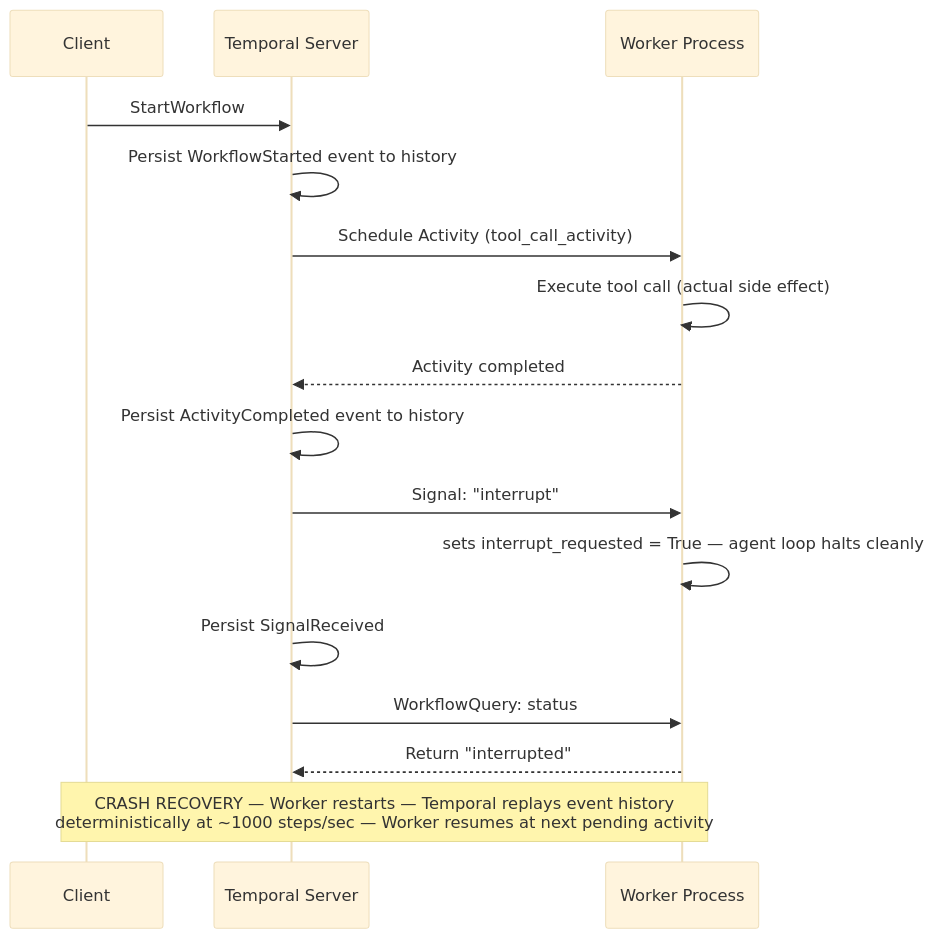
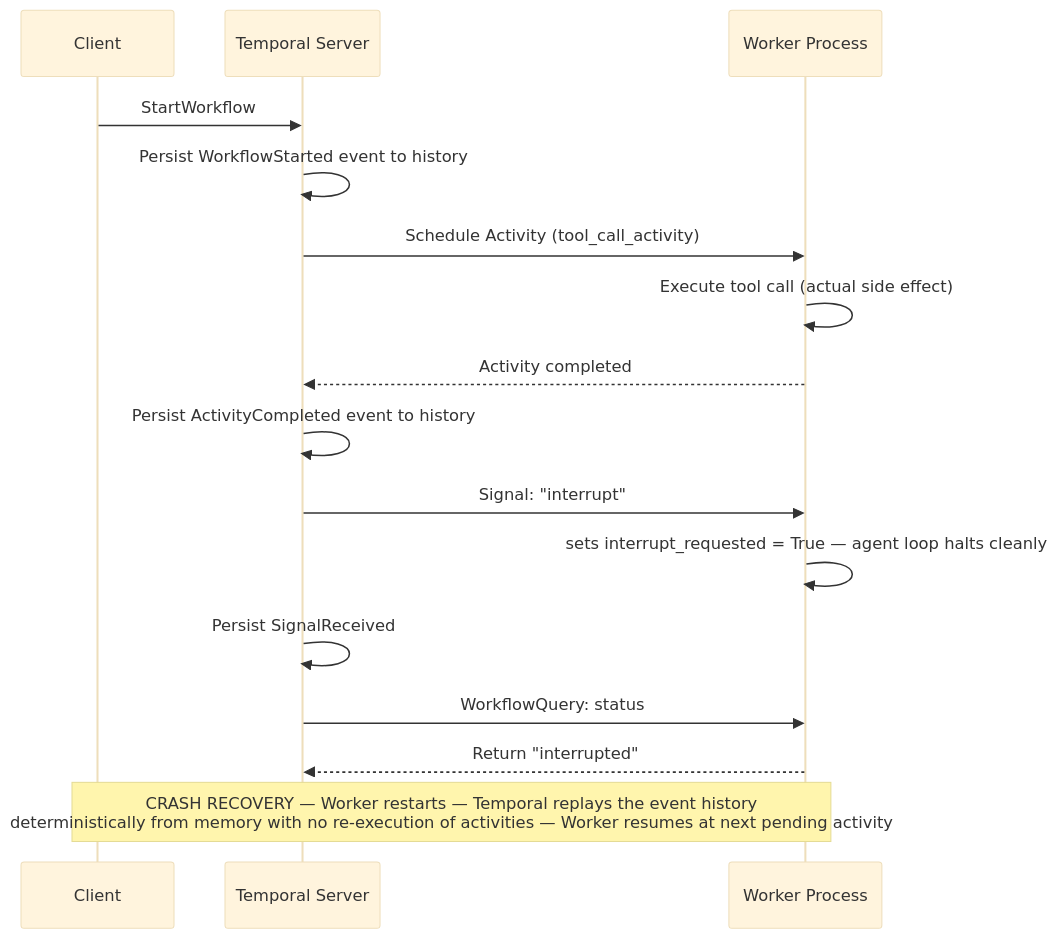
One commit to rppol/system-design changed the third of 3 diagrams in src/main/java/com/rutik/systemdesign/llm/case_studies/cross_cutting/agent_durability_patterns.md. Above: the diagram before and after it, drawn with Mermaid (base theme). The commit also changed other lines of this file and 113 other files, not shown here.

````diff
--- a/src/main/java/com/rutik/systemdesign/llm/case_studies/cross_cutting/agent_durability_patterns.md
+++ b/src/main/java/com/rutik/systemdesign/llm/case_studies/cross_cutting/agent_durability_patterns.md
@@ -145,20 +145,20 @@
 ```mermaid
 sequenceDiagram
     participant C as Client
     participant T as Temporal Server
     participant W as Worker Process
 
     C->>T: StartWorkflow
     T->>T: Persist WorkflowStarted event to history
     T->>W: Schedule Activity (tool_call_activity)
     W->>W: Execute tool call (actual side effect)
     W-->>T: Activity completed
     T->>T: Persist ActivityCompleted event to history
     T->>W: Signal: "interrupt"
     W->>W: sets interrupt_requested = True — agent loop halts cleanly
     T->>T: Persist SignalReceived
     T->>W: WorkflowQuery: status
     W-->>T: Return "interrupted"
 
-    Note over C,W: CRASH RECOVERY — Worker restarts — Temporal replays event history<br/>deterministically at ~1000 steps/sec — Worker resumes at next pending activity
+    Note over C,W: CRASH RECOVERY — Worker restarts — Temporal replays the event history<br/>deterministically from memory with no re-execution of activities — Worker resumes at next pending activity
 ```
````
